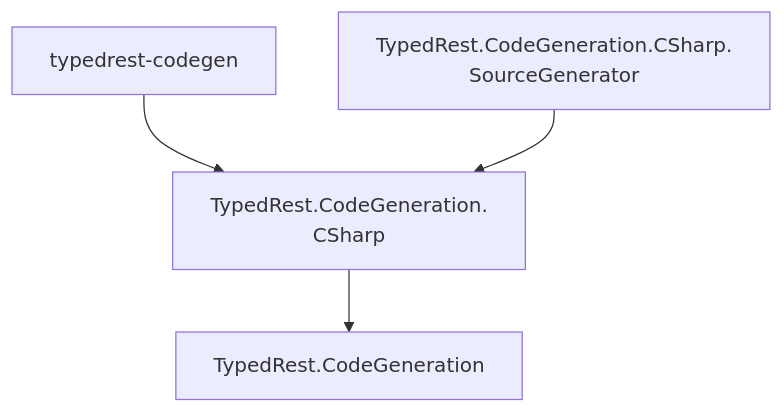
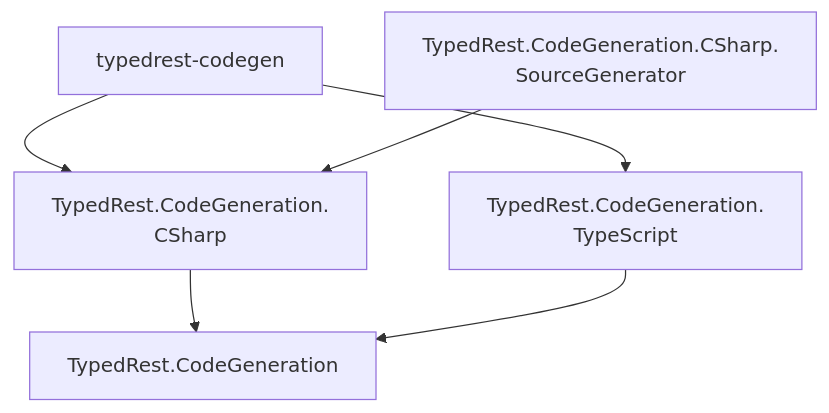
The diagram in doc/index.md (TypedRest/CodeGeneration), drawn with Mermaid before and after one commit. The commit also changed other lines of this file and 51 other files, not shown here.

Commit message:
Added TypeScript code generator

````diff
--- a/doc/index.md
+++ b/doc/index.md
@@ -35,7 +36,9 @@
 ```mermaid
 flowchart TD
     cli["typedrest-codegen"] --> csharp
+    cli --> typescript
     sourcegen["TypedRest.CodeGeneration.CSharp.<br>SourceGenerator"] --> csharp
     csharp["TypedRest.CodeGeneration.<br>CSharp"] --> core
+    typescript["TypedRest.CodeGeneration.<br>TypeScript"] --> core
     core["TypedRest.CodeGeneration"]
 ```
````
